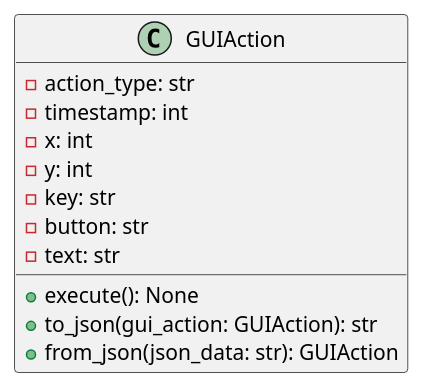
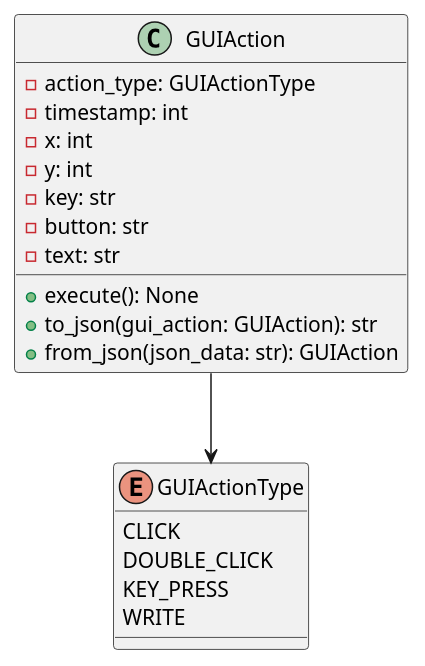
The diagram in doc/uml/guiaction.plantuml (saifeiLee/swmonkey), drawn with PlantUML before and after one commit.

Commit message:
doc: update plantUML

```diff
--- a/doc/uml/guiaction.plantuml
+++ b/doc/uml/guiaction.plantuml
@@ -1,14 +1,24 @@
 @startuml
+
 class GUIAction {
-    - action_type: str
+    - action_type: GUIActionType
     - timestamp: int
     - x: int
     - y: int
     - key: str
     - button: str
     - text: str
     + execute(): None
     + to_json(gui_action: GUIAction): str
     + from_json(json_data: str): GUIAction
 }
+enum GUIActionType {
+    CLICK
+    DOUBLE_CLICK
+    KEY_PRESS
+    WRITE
+}
+
+GUIAction --> GUIActionType
+
 @enduml
```
